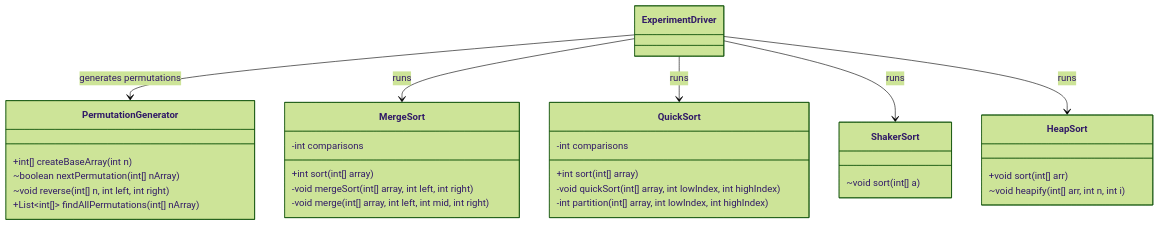
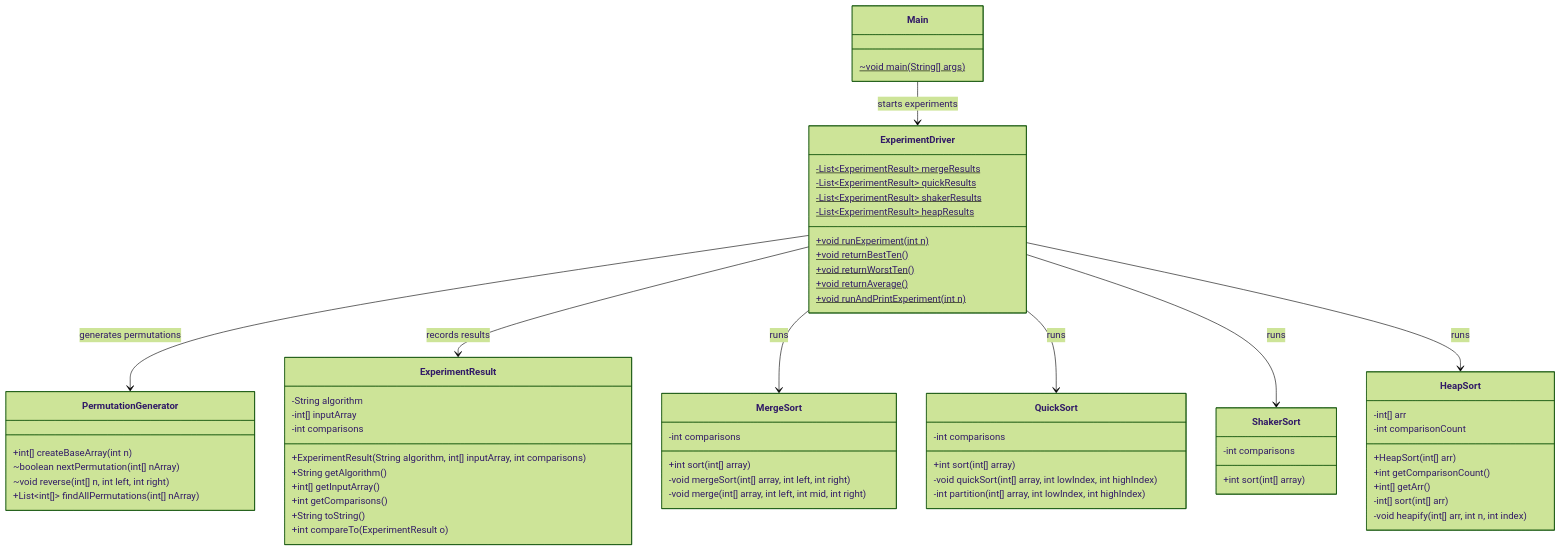
One commit to Treydonde/CS2430_Project1 changed the diagram in docs/UML.md. Above: the diagram before and after it, drawn with Mermaid (forest theme). The commit also changed other lines of this file, not shown here.

Commit message:
Finalize UML class diagram for Project 1

````diff
--- a/docs/UML.md
+++ b/docs/UML.md
@@ -5,41 +5,82 @@
 ```mermaid
 classDiagram
 
-    class ExperimentDriver
+    class Main {
+        ~void main(String[] args)$
+    }
+    
+    class ExperimentDriver {
+        -List~ExperimentResult~ mergeResults$
+        -List~ExperimentResult~ quickResults$
+        -List~ExperimentResult~ shakerResults$
+        -List~ExperimentResult~ heapResults$
+
+        +void runExperiment(int n)$
+        +void returnBestTen()$
+        +void returnWorstTen()$
+        +void returnAverage()$
+        +void runAndPrintExperiment(int n)$
+    }
+
+    class ExperimentResult {
+        -String algorithm
+        -int[] inputArray
+        -int comparisons
+
+        +ExperimentResult(String algorithm, int[] inputArray, int comparisons)
+        +String getAlgorithm()
+        +int[] getInputArray()
+        +int getComparisons()
+        +String toString()
+        +int compareTo(ExperimentResult o)
+    }
 
     class PermutationGenerator {
         +int[] createBaseArray(int n)
         ~boolean nextPermutation(int[] nArray)
         ~void reverse(int[] n, int left, int right)
         +List~int[]~ findAllPermutations(int[] nArray)
     }
 
     class MergeSort {
         -int comparisons
+
         +int sort(int[] array)
         -void mergeSort(int[] array, int left, int right)
         -void merge(int[] array, int left, int mid, int right)
     }
 
     class QuickSort {
         -int comparisons
+
         +int sort(int[] array)
         -void quickSort(int[] array, int lowIndex, int highIndex)
         -int partition(int[] array, int lowIndex, int highIndex)
     }
 
     class ShakerSort {
-        ~void sort(int[] a)
+        -int comparisons
+
+        +int sort(int[] array)
     }
 
     class HeapSort {
-        +void sort(int[] arr)
-        ~void heapify(int[] arr, int n, int i)
+        -int[] arr
+        -int comparisonCount
+
+        +HeapSort(int[] arr)
+        +int getComparisonCount()
+        +int[] getArr()
+        -int[] sort(int[] arr)
+        -void heapify(int[] arr, int n, int index)
     }
 
+    Main --> ExperimentDriver : starts experiments
+
     ExperimentDriver --> PermutationGenerator : generates permutations
+    ExperimentDriver --> ExperimentResult : records results
     ExperimentDriver --> MergeSort : runs
     ExperimentDriver --> QuickSort : runs
     ExperimentDriver --> ShakerSort : runs
     ExperimentDriver --> HeapSort : runs
 ```
````
